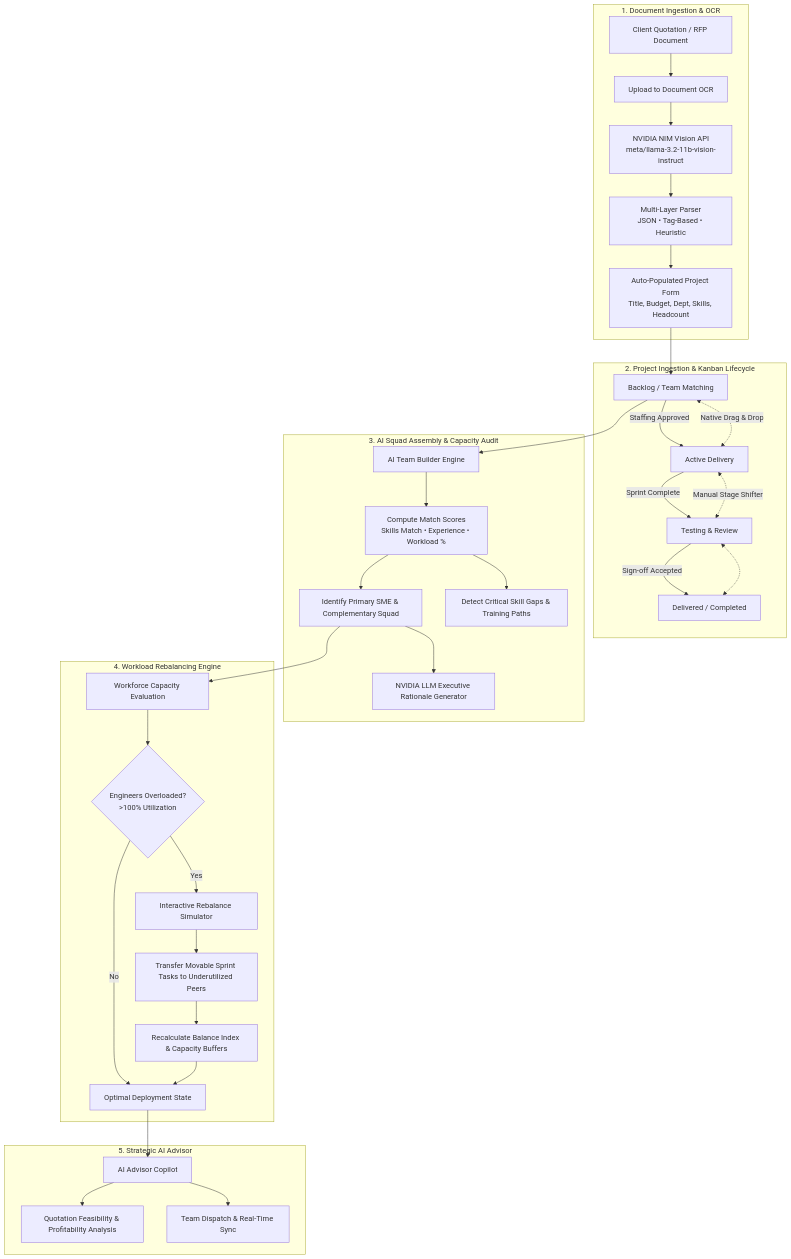
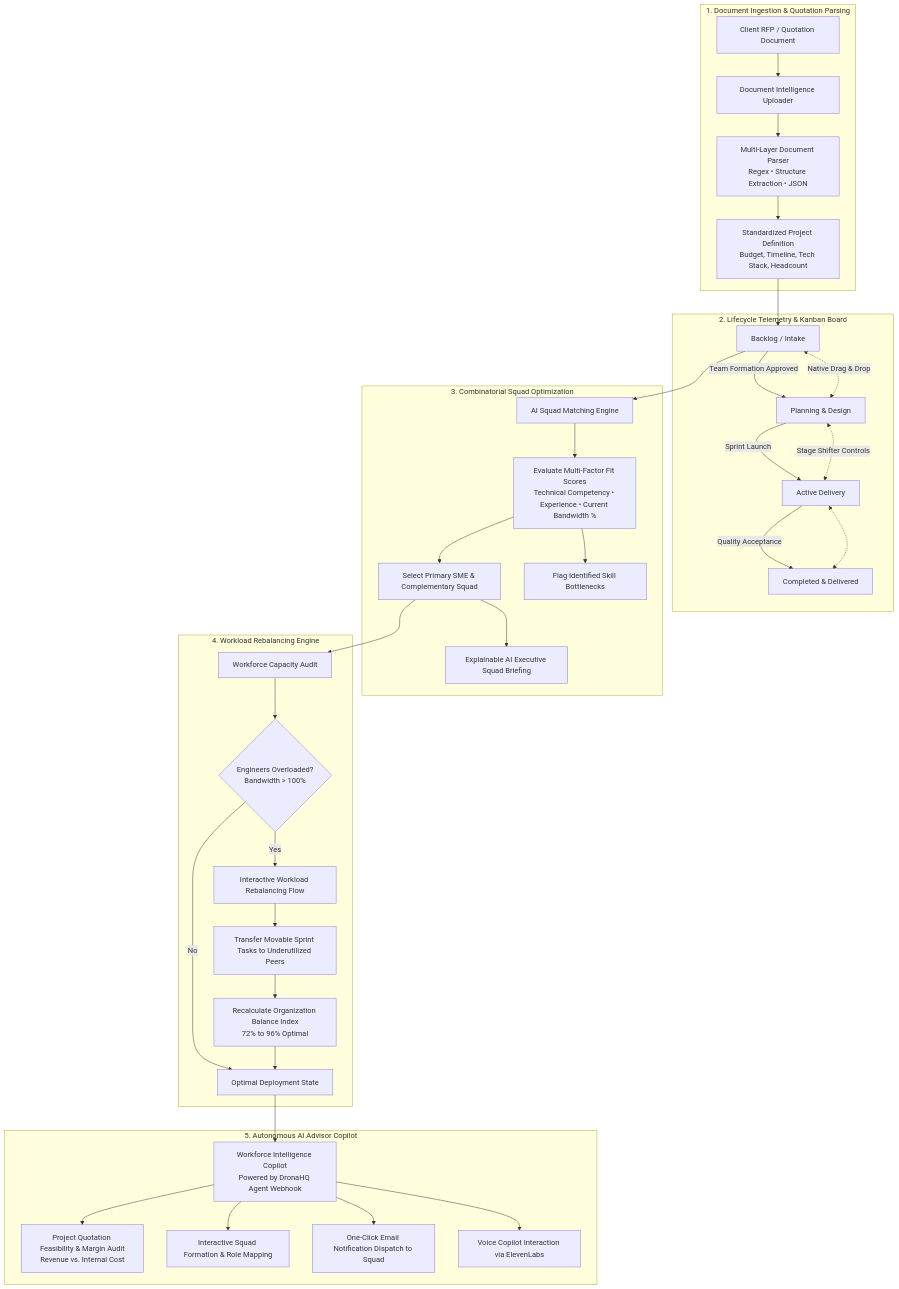
One commit to D-Harsha-vardhan/worksynq-AI changed the first of 2 diagrams in README.md. Above: the diagram before and after it, drawn with Mermaid. The commit also changed other lines of this file and 4 other files, not shown here.

Commit message:
docs: add comprehensive WorkSynq AI architecture, workflow flowcharts, and secure credential handling

````diff
--- a/README.md
+++ b/README.md
@@ -25,43 +26,44 @@
 ```mermaid
 flowchart TD
-    subgraph Ingestion["1. Document Ingestion & OCR"]
-        A[Client Quotation / RFP Document] --> B[Upload to Document OCR]
-        B --> C[NVIDIA NIM Vision API\nmeta/llama-3.2-11b-vision-instruct]
-        C --> D[Multi-Layer Parser\nJSON • Tag-Based • Heuristic]
-        D --> E[Auto-Populated Project Form\nTitle, Budget, Dept, Skills, Headcount]
+    subgraph Ingestion["1. Document Ingestion & Quotation Parsing"]
+        A[Client RFP / Quotation Document] --> B[Document Intelligence Uploader]
+        B --> C[Multi-Layer Document Parser\nRegex • Structure Extraction • JSON]
+        C --> D[Standardized Project Definition\nBudget, Timeline, Tech Stack, Headcount]
     end
 
-    subgraph Lifecycle["2. Project Ingestion & Kanban Lifecycle"]
-        E --> F[Backlog / Team Matching]
-        F -->|Staffing Approved| G[Active Delivery]
-        G -->|Sprint Complete| H[Testing & Review]
-        H -->|Sign-off Accepted| I[Delivered / Completed]
-        F <-.->|Native Drag & Drop| G
-        G <-.->|Manual Stage Shifter| H
-        H <-.-> I
+    subgraph Kanban["2. Lifecycle Telemetry & Kanban Board"]
+        D --> E[Backlog / Intake]
+        E -->|Team Formation Approved| F[Planning & Design]
+        F -->|Sprint Launch| G[Active Delivery]
+        G -->|Quality Acceptance| H[Completed & Delivered]
+        E <-.->|Native Drag & Drop| F
+        F <-.->|Stage Shifter Controls| G
+        G <-.-> H
     end
 
-    subgraph Matching["3. AI Squad Assembly & Capacity Audit"]
-        F --> J[AI Team Builder Engine]
-        J --> K[Compute Match Scores\nSkills Match • Experience • Workload %]
-        K --> L[Identify Primary SME & Complementary Squad]
-        K --> M[Detect Critical Skill Gaps & Training Paths]
-        L --> N[NVIDIA LLM Executive Rationale Generator]
+    subgraph Matching["3. Combinatorial Squad Optimization"]
+        E --> I[AI Squad Matching Engine]
+        I --> J[Evaluate Multi-Factor Fit Scores\nTechnical Competency • Experience • Current Bandwidth %]
+        J --> K[Select Primary SME & Complementary Squad]
+        J --> L[Flag Identified Skill Bottlenecks]
+        K --> M[Explainable AI Executive Squad Briefing]
     end
 
-    subgraph Optimization["4. Workload Rebalancing Engine"]
-        L --> O[Workforce Capacity Evaluation]
-        O --> P{Engineers Overloaded?\n>100% Utilization}
-        P -- Yes --> Q[Interactive Rebalance Simulator]
-        Q --> R[Transfer Movable Sprint Tasks to Underutilized Peers]
-        R --> S[Recalculate Balance Index & Capacity Buffers]
-        P -- No --> T[Optimal Deployment State]
-        S --> T
+    subgraph Balancing["4. Workload Rebalancing Engine"]
+        K --> N[Workforce Capacity Audit]
+        N --> O{Engineers Overloaded?\nBandwidth > 100%}
+        O -- Yes --> P[Interactive Workload Rebalancing Flow]
+        P --> Q[Transfer Movable Sprint Tasks to Underutilized Peers]
+        Q --> R[Recalculate Organization Balance Index\n72% to 96% Optimal]
+        O -- No --> S[Optimal Deployment State]
+        R --> S
     end
 
-    subgraph Advisory["5. Strategic AI Advisor"]
-        T --> U[AI Advisor Copilot]
-        U --> V[Quotation Feasibility & Profitability Analysis]
-        U --> W[Team Dispatch & Real-Time Sync]
+    subgraph Agent["5. Autonomous AI Advisor Copilot"]
+        S --> T[Workforce Intelligence Copilot\nPowered by DronaHQ Agent Webhook]
+        T --> U[Project Quotation Feasibility & Margin Audit\nRevenue vs. Internal Cost]
+        T --> V[Interactive Squad Formation & Role Mapping]
+        T --> W[One-Click Email Notification Dispatch to Squad]
+        T --> X[Voice Copilot Interaction via ElevenLabs]
     end
 ```
````
